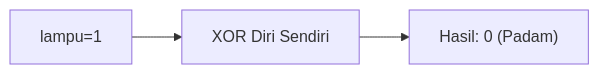
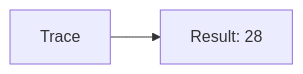
One commit to amnahwaida/OSNK_INF_PREP changed the first of 25 diagrams in part-c-pemahaman-cpp/06-bitwise/latihan/set-11.md. Above: the diagram before and after it, drawn with Mermaid. The commit also changed other lines of this file and 71 other files, not shown here.

````diff
--- a/part-c-pemahaman-cpp/06-bitwise/latihan/set-11.md
+++ b/part-c-pemahaman-cpp/06-bitwise/latihan/set-11.md
@@ -49,5 +22,4 @@
 ```mermaid
 graph LR
-A["lampu=1"] --> B["XOR Diri Sendiri"]
-B --> C["Hasil: 0 (Padam)"]
+A[Trace] --> B[Result: 28]
 ```
````
